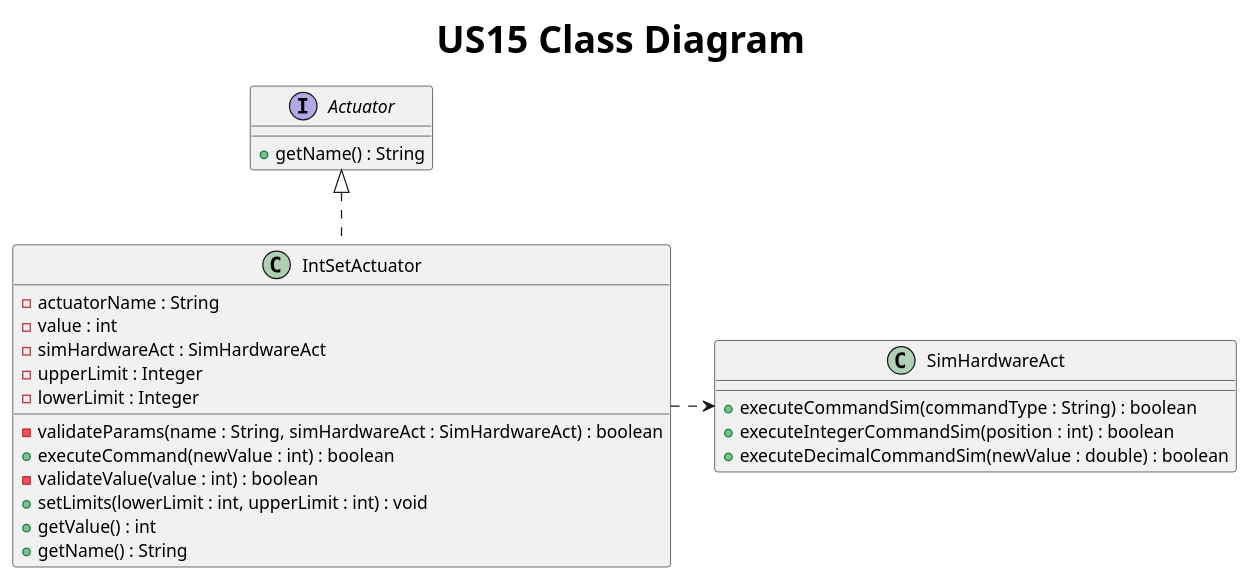
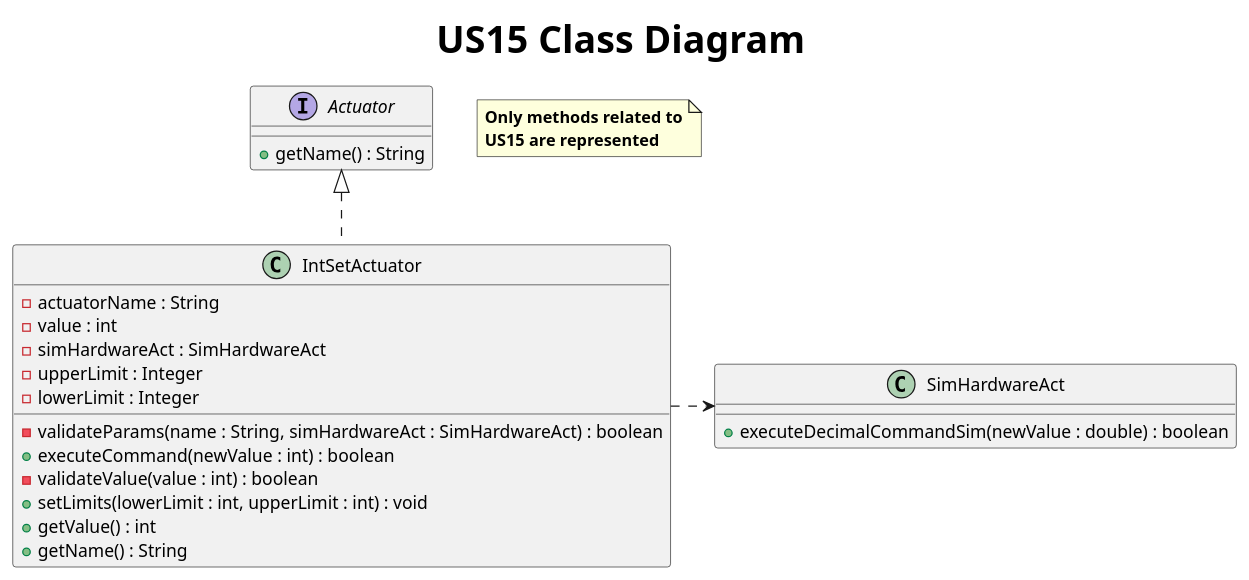
One commit to AfonsoNeves77/smartHouse changed the diagram in Docs/US15/S3US15ClassDiagram.puml. Above: the diagram before and after it, drawn with PlantUML.

Commit message:
Updated the Class diagram for US15 - Updated so that only methods used are shown + added a note to represent that

```diff
--- a/Docs/US15/S3US15ClassDiagram.puml
+++ b/Docs/US15/S3US15ClassDiagram.puml
@@ -1,32 +1,31 @@
 @startuml
 title <size: 30> US15 Class Diagram
 
+note "<b>Only methods related to\n<b>US15 are represented" as 1
 interface Actuator {
     + getName() : String
 }
 
 class SimHardwareAct {
-     + executeCommandSim(commandType : String) : boolean
-     + executeIntegerCommandSim(position : int) : boolean
      + executeDecimalCommandSim(newValue : double) : boolean
 }
 
 class IntSetActuator {
     - actuatorName : String
     - value : int
     - simHardwareAct : SimHardwareAct
     - upperLimit : Integer
     - lowerLimit : Integer
 
     - validateParams(name : String, simHardwareAct : SimHardwareAct) : boolean
     + executeCommand(newValue : int) : boolean
     - validateValue(value : int) : boolean
     + setLimits(lowerLimit : int, upperLimit : int) : void
     + getValue() : int
     + getName() : String
 }
 
 Actuator <|.. IntSetActuator
 IntSetActuator .right.> SimHardwareAct
 
 @enduml
```
